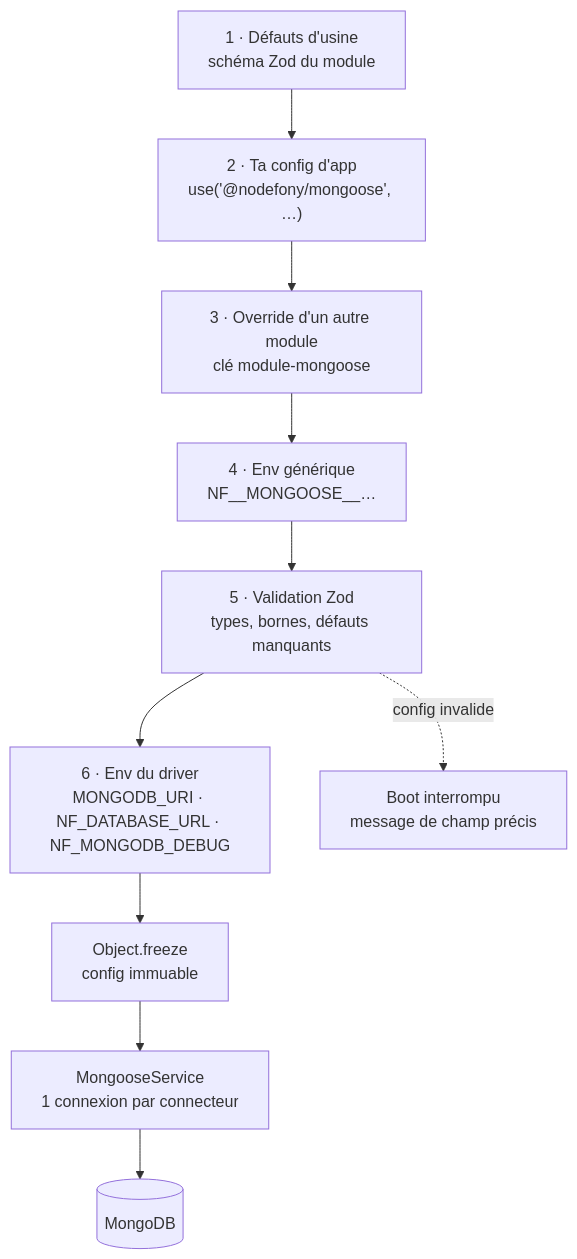
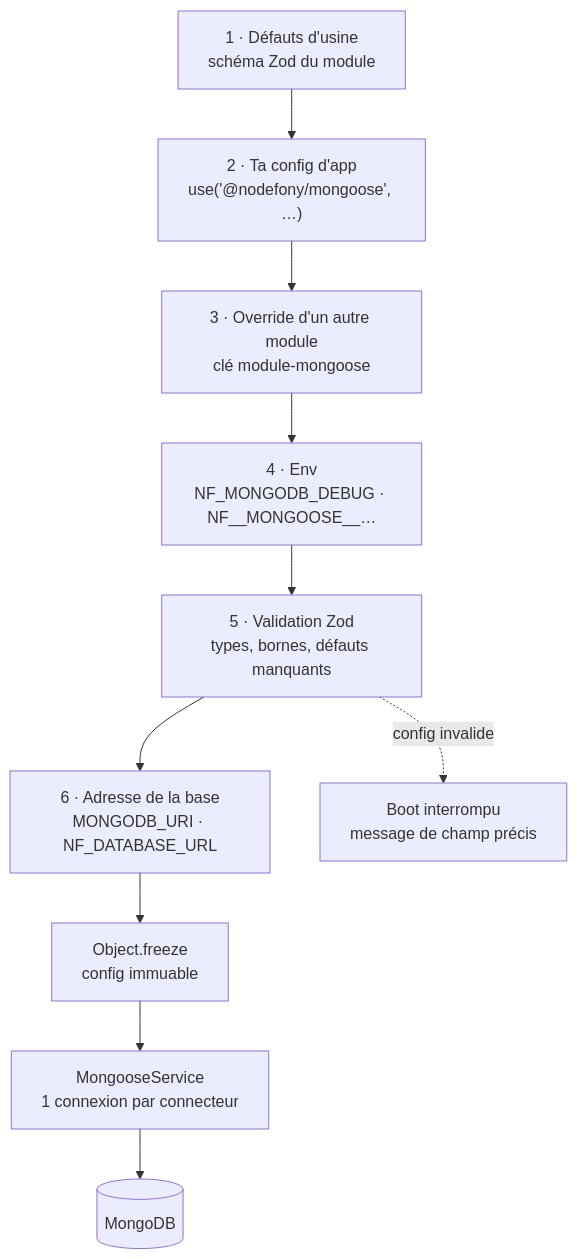
Before and after one commit to nodefony/nodefony-core: the diagram in src/packages/@nodefony/mongoose/docs/configuration.md, drawn with Mermaid. The commit also changed other lines of this file and 54 other files, not shown here.

````diff
--- a/src/packages/@nodefony/mongoose/docs/configuration.md
+++ b/src/packages/@nodefony/mongoose/docs/configuration.md
@@ -43,13 +43,13 @@
 ```mermaid
 flowchart TD
   D["1 · Défauts d'usine<br/>schéma Zod du module"] --> U["2 · Ta config d'app<br/>use('@nodefony/mongoose', …)"]
   U --> O["3 · Override d'un autre module<br/>clé module-mongoose"]
-  O --> E["4 · Env générique<br/>NF__MONGOOSE__…"]
+  O --> E["4 · Env<br/>NF_MONGODB_DEBUG · NF__MONGOOSE__…"]
   E --> Z["5 · Validation Zod<br/>types, bornes, défauts manquants"]
-  Z --> V["6 · Env du driver<br/>MONGODB_URI · NF_DATABASE_URL · NF_MONGODB_DEBUG"]
+  Z --> V["6 · Adresse de la base<br/>MONGODB_URI · NF_DATABASE_URL"]
   V --> F["Object.freeze<br/>config immuable"]
   F --> S["MongooseService<br/>1 connexion par connecteur"]
   S --> DB[("MongoDB")]
 
   Z -. config invalide .-> KO["Boot interrompu<br/>message de champ précis"]
 ```
````
